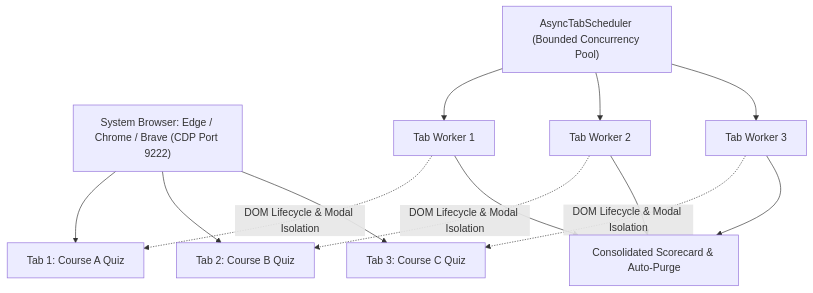
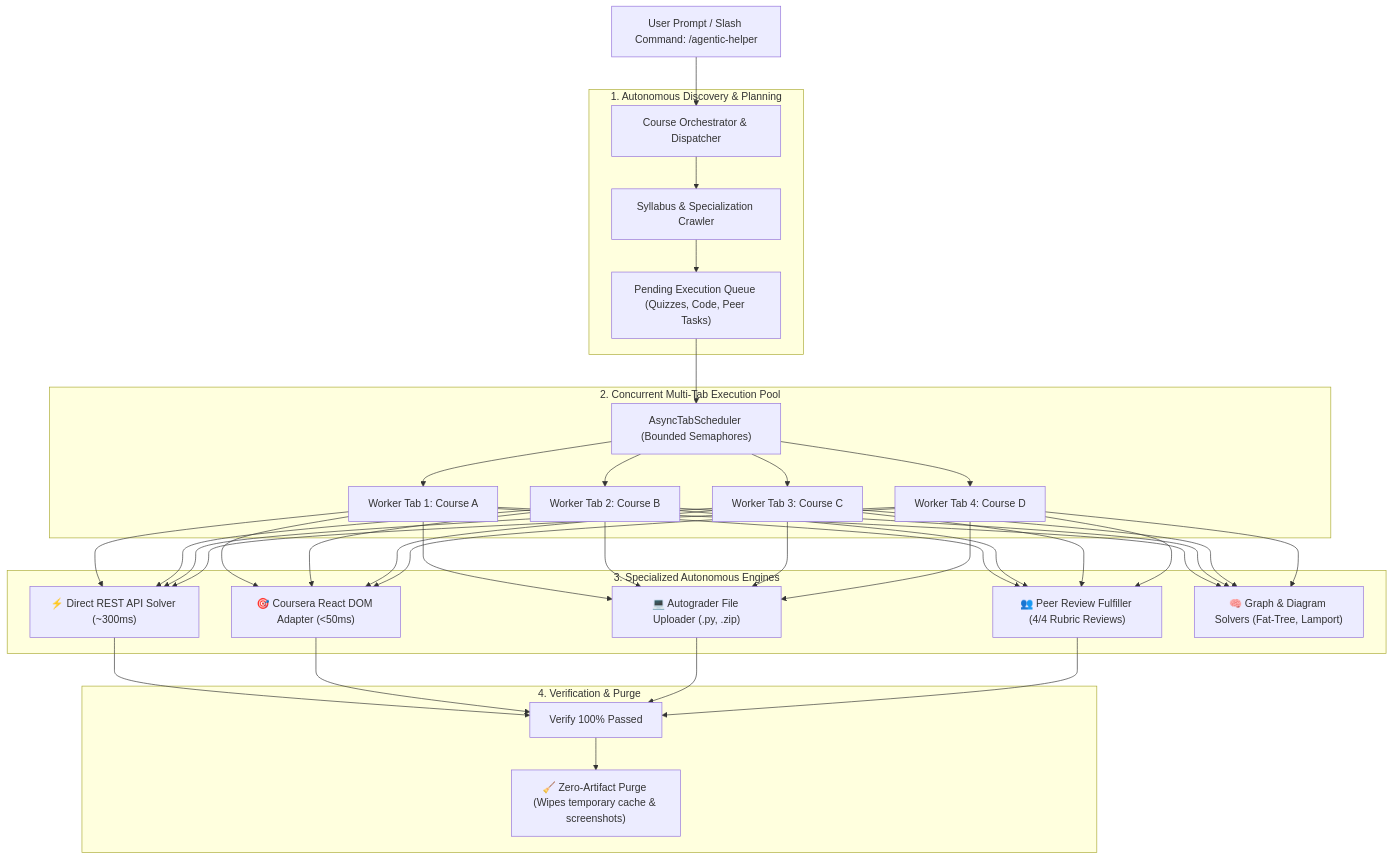
The diagram in README.md (Madhukumar511/Agentic-Helper), drawn with Mermaid before and after one commit. The commit also changed other lines of this file, not shown here.

Commit message:
docs(readme): polish architecture diagram, benchmark table, and cheatsheet

````diff
--- a/README.md
+++ b/README.md
@@ -71,19 +66,30 @@
 ```mermaid
 flowchart TD
-    Browser["System Browser: Edge / Chrome / Brave (CDP Port 9222)"] --> Tab1["Tab 1: Course A Quiz"]
-    Browser --> Tab2["Tab 2: Course B Quiz"]
-    Browser --> Tab3["Tab 3: Course C Quiz"]
+    User["User Prompt / Slash Command: /agentic-helper"] --> Orchestrator["Course Orchestrator & Dispatcher"]
+    
+    subgraph Discovery ["1. Autonomous Discovery & Planning"]
+        Orchestrator --> Crawler["Syllabus & Specialization Crawler"]
+        Crawler --> Plan["Pending Execution Queue (Quizzes, Code, Peer Tasks)"]
+    end
 
-    Scheduler["AsyncTabScheduler (Bounded Concurrency Pool)"]
-    Scheduler --> Worker1["Tab Worker 1"]
-    Scheduler --> Worker2["Tab Worker 2"]
-    Scheduler --> Worker3["Tab Worker 3"]
+    subgraph Workers ["2. Concurrent Multi-Tab Execution Pool"]
+        Plan --> Scheduler["AsyncTabScheduler (Bounded Semaphores)"]
+        Scheduler --> Tab1["Worker Tab 1: Course A"]
+        Scheduler --> Tab2["Worker Tab 2: Course B"]
+        Scheduler --> Tab3["Worker Tab 3: Course C"]
+        Scheduler --> Tab4["Worker Tab 4: Course D"]
+    end
 
-    Worker1 -.->|DOM Lifecycle & Modal Isolation| Tab1
-    Worker2 -.->|DOM Lifecycle & Modal Isolation| Tab2
-    Worker3 -.->|DOM Lifecycle & Modal Isolation| Tab3
+    subgraph Engines ["3. Specialized Autonomous Engines"]
+        Tab1 & Tab2 & Tab3 & Tab4 --> APISolver["⚡ Direct REST API Solver (~300ms)"]
+        Tab1 & Tab2 & Tab3 & Tab4 --> DOMAdapter["🎯 Coursera React DOM Adapter (<50ms)"]
+        Tab1 & Tab2 & Tab3 & Tab4 --> CodeEngine["💻 Autograder File Uploader (.py, .zip)"]
+        Tab1 & Tab2 & Tab3 & Tab4 --> PeerEngine["👥 Peer Review Fulfiller (4/4 Rubric Reviews)"]
+        Tab1 & Tab2 & Tab3 & Tab4 --> MathEngine["🧠 Graph & Diagram Solvers (Fat-Tree, Lamport)"]
+    end
 
-    Worker1 --> Res["Consolidated Scorecard & Auto-Purge"]
-    Worker2 --> Res
-    Worker3 --> Res
+    subgraph Clean ["4. Verification & Purge"]
+        APISolver & DOMAdapter & CodeEngine & PeerEngine --> Verify["Verify 100% Passed"]
+        Verify --> Purge["🧹 Zero-Artifact Purge (Wipes temporary cache & screenshots)"]
+    end
 ```
````
